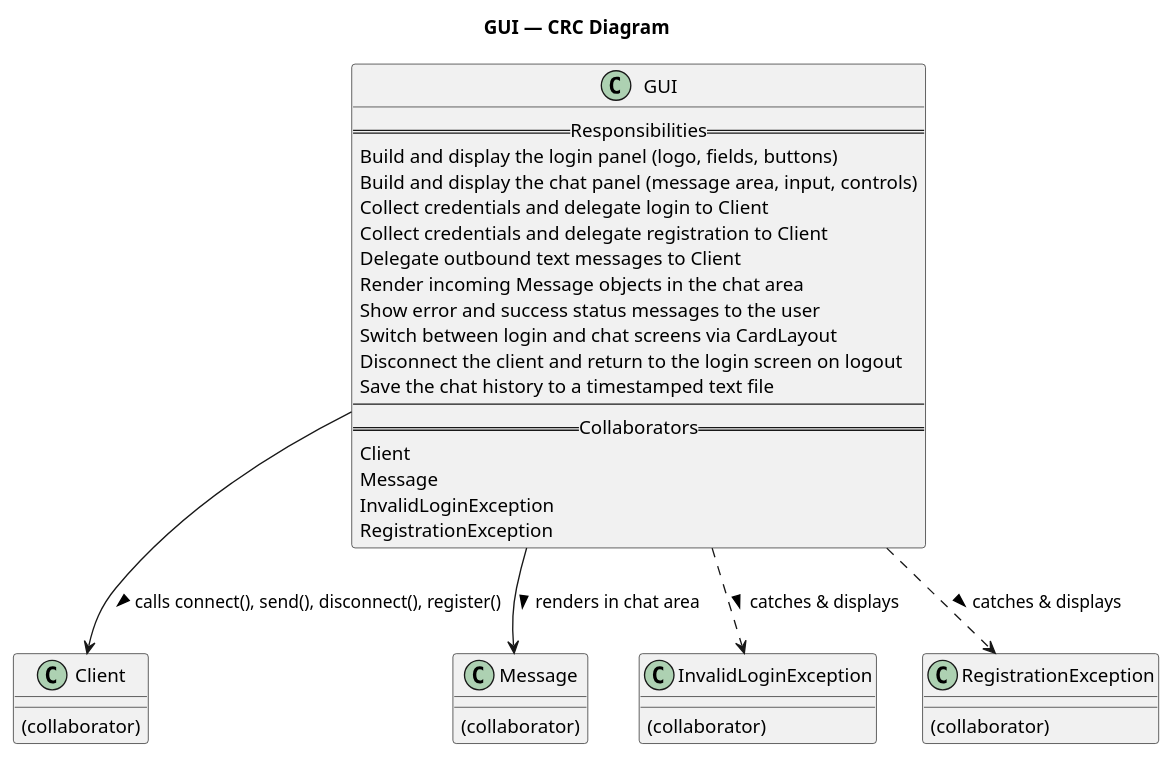
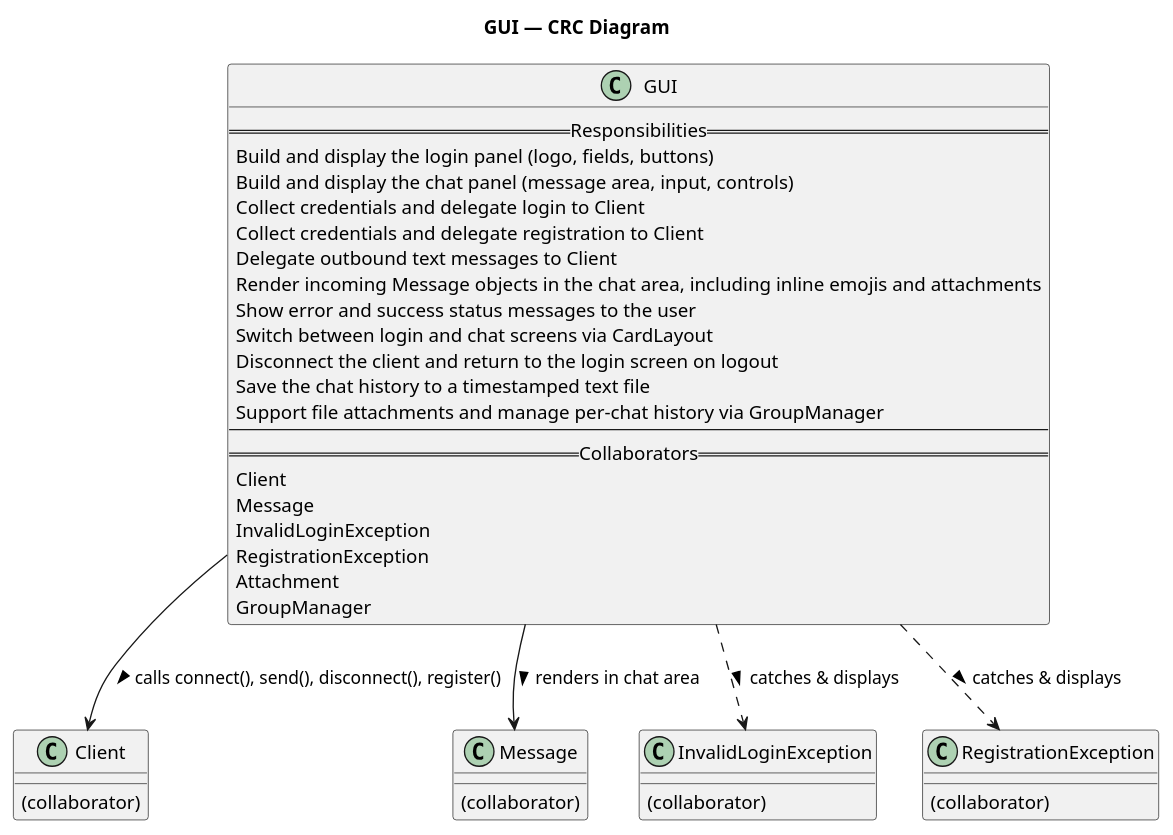
The diagram in docs/CRC/GUI_crc_diagram.puml (phajj/CSC2620_Hajj_Higgins_Palmer), drawn with PlantUML before and after one commit. The commit also changed 10 other files, not shown here.

```diff
--- a/docs/CRC/GUI_crc_diagram.puml
+++ b/docs/CRC/GUI_crc_diagram.puml
@@ -1,43 +1,46 @@
 @startuml GUI_CRC
 
 title GUI — CRC Diagram
 
 class GUI {
   == Responsibilities ==
   Build and display the login panel (logo, fields, buttons)
   Build and display the chat panel (message area, input, controls)
   Collect credentials and delegate login to Client
   Collect credentials and delegate registration to Client
   Delegate outbound text messages to Client
-  Render incoming Message objects in the chat area
+  Render incoming Message objects in the chat area, including inline emojis and attachments
   Show error and success status messages to the user
   Switch between login and chat screens via CardLayout
   Disconnect the client and return to the login screen on logout
   Save the chat history to a timestamped text file
+  Support file attachments and manage per-chat history via GroupManager
   --
   == Collaborators ==
   Client
   Message
   InvalidLoginException
   RegistrationException
+  Attachment
+  GroupManager
 }
 
 class Client {
   (collaborator)
 }
 class Message {
   (collaborator)
 }
 class InvalidLoginException {
   (collaborator)
 }
 class RegistrationException {
   (collaborator)
 }
 
 GUI --> Client              : calls connect(), send(), disconnect(), register() >
 GUI --> Message             : renders in chat area >
 GUI ..> InvalidLoginException : catches & displays >
 GUI ..> RegistrationException : catches & displays >
 
 @enduml
```
